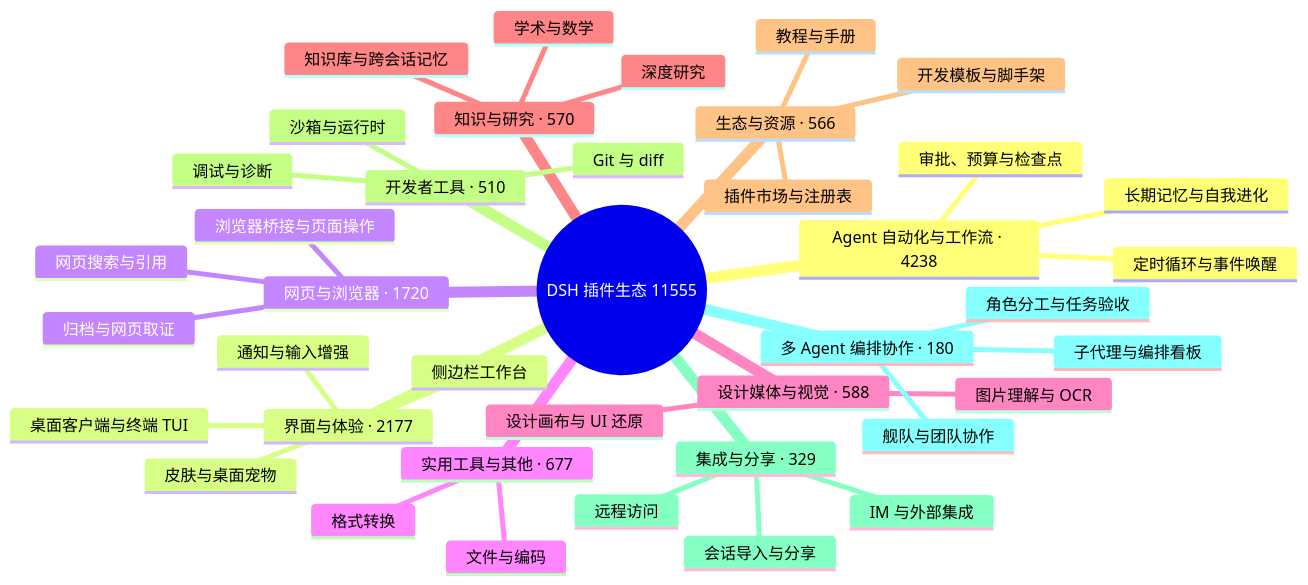
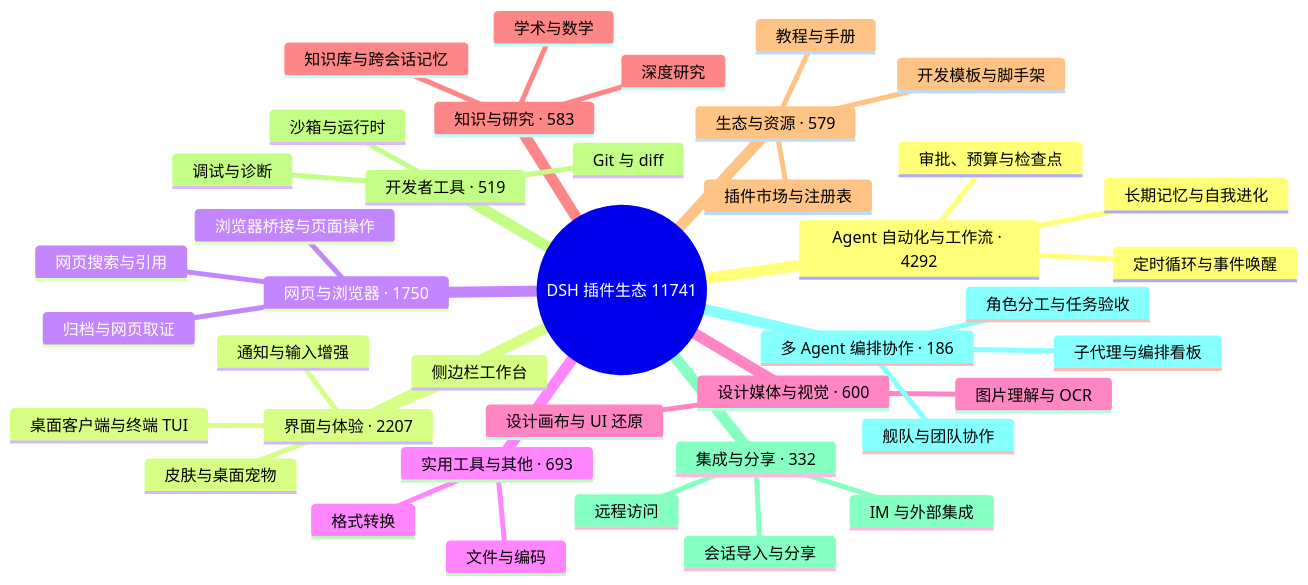
One commit to the-beating-light-of-the-nail/dsh-meme-hub-site changed the diagram in public/readmes/bruc3van-awesome-dsh-plugin.md. Above: the diagram before and after it, drawn with Mermaid. The commit also changed other lines of this file and 230 other files, not shown here.

````diff
--- a/public/readmes/bruc3van-awesome-dsh-plugin.md
+++ b/public/readmes/bruc3van-awesome-dsh-plugin.md
@@ -33,43 +33,43 @@
 ```mermaid
 mindmap
-  root((DSH 插件生态 11555))
-    Agent 自动化与工作流 · 4238
+  root((DSH 插件生态 11741))
+    Agent 自动化与工作流 · 4292
       定时循环与事件唤醒
       长期记忆与自我进化
       审批、预算与检查点
-    界面与体验 · 2177
+    界面与体验 · 2207
       桌面客户端与终端 TUI
       侧边栏工作台
       皮肤与桌面宠物
       通知与输入增强
-    网页与浏览器 · 1720
+    网页与浏览器 · 1750
       浏览器桥接与页面操作
       网页搜索与引用
       归档与网页取证
-    实用工具与其他 · 677
+    实用工具与其他 · 693
       文件与编码
       格式转换
-    设计媒体与视觉 · 588
+    设计媒体与视觉 · 600
       图片理解与 OCR
       设计画布与 UI 还原
-    知识与研究 · 570
+    知识与研究 · 583
       知识库与跨会话记忆
       深度研究
       学术与数学
-    生态与资源 · 566
+    生态与资源 · 579
       插件市场与注册表
       开发模板与脚手架
       教程与手册
-    开发者工具 · 510
+    开发者工具 · 519
       Git 与 diff
       沙箱与运行时
       调试与诊断
-    集成与分享 · 329
+    集成与分享 · 332
       会话导入与分享
       远程访问
       IM 与外部集成
-    多 Agent 编排协作 · 180
+    多 Agent 编排协作 · 186
       子代理与编排看板
       舰队与团队协作
       角色分工与任务验收
 ```
````
